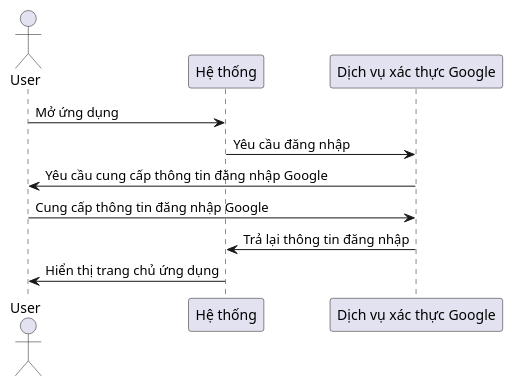
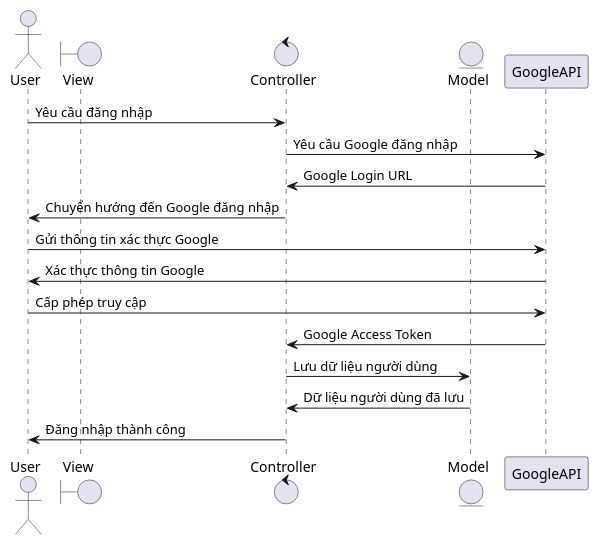
One commit to khmtk18a/slog changed the diagram in docs/src/sequence_login.plantuml. Above: the diagram before and after it, drawn with PlantUML. The commit also changed 100 other files, not shown here.

```diff
--- a/docs/src/sequence_login.plantuml
+++ b/docs/src/sequence_login.plantuml
@@ -1,14 +1,21 @@
 @startuml sequence_login
 
 actor User
-participant "Hệ thống" as App
-participant "Dịch vụ xác thực Google" as GoogleAuth
+boundary View
+control Controller
+entity Model
+participant GoogleAPI
 
-User -> App: Mở ứng dụng
-App -> GoogleAuth: Yêu cầu đăng nhập
-GoogleAuth -> User: Yêu cầu cung cấp thông tin đăng nhập Google
-User -> GoogleAuth: Cung cấp thông tin đăng nhập Google
-GoogleAuth -> App: Trả lại thông tin đăng nhập
-App -> User: Hiển thị trang chủ ứng dụng
+User -> Controller: Yêu cầu đăng nhập
+Controller -> GoogleAPI: Yêu cầu Google đăng nhập
+GoogleAPI -> Controller: Google Login URL
+Controller -> User: Chuyển hướng đến Google đăng nhập
+User -> GoogleAPI: Gửi thông tin xác thực Google
+GoogleAPI -> User: Xác thực thông tin Google
+User -> GoogleAPI: Cấp phép truy cập
+GoogleAPI -> Controller: Google Access Token
+Controller -> Model: Lưu dữ liệu người dùng
+Model -> Controller: Dữ liệu người dùng đã lưu
+Controller -> User: Đăng nhập thành công
 
 @enduml
```
